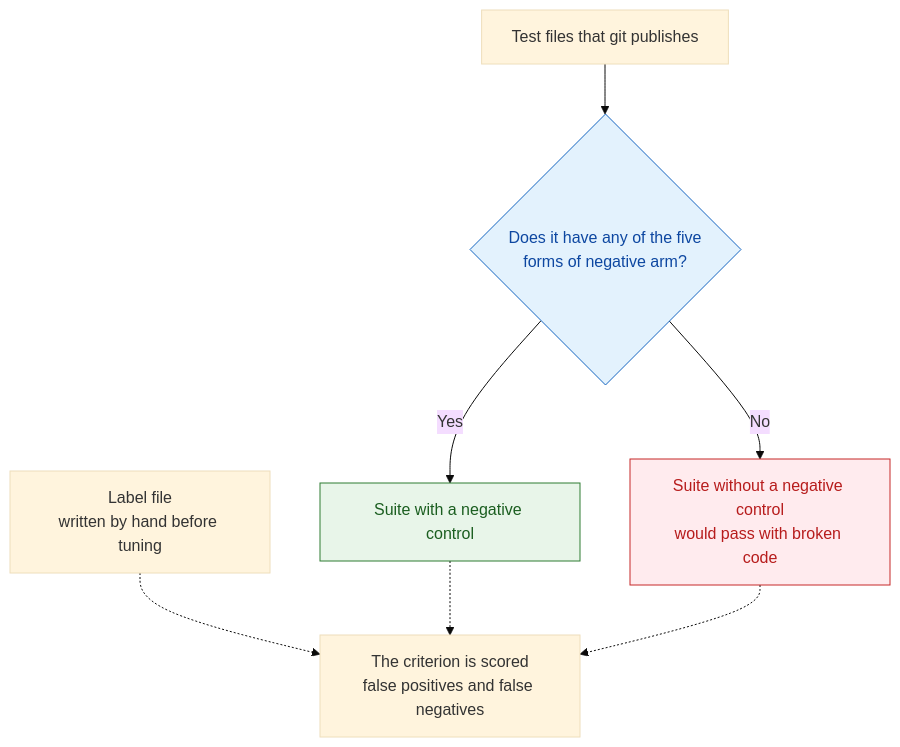
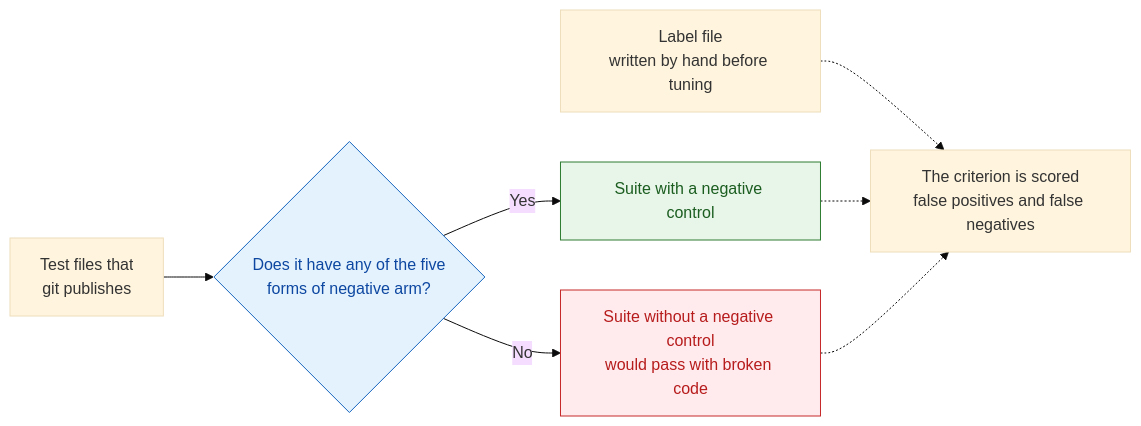
Before and after one commit to jleonceo/skill-detector-control-negativo: the diagram in README.en.md, drawn with Mermaid (base theme). The commit also changed 1 other file, not shown here.

Commit message:
Esquema: pasa a horizontal para que ocupe menos de una pantalla
Iba de arriba abajo y ocupaba más de 800 píxeles de alto. Ahora va de
izquierda a derecha. El contenido de las cajas es el mismo.

````diff
--- a/README.en.md
+++ b/README.en.md
@@ -20,11 +20,11 @@
 ```mermaid
-flowchart TD
-    R[Test files that git publishes] --> S{Does it have any of the five<br/>forms of negative arm?}
+flowchart LR
+    R[Test files that<br/>git publishes] --> S{Does it have any of the five<br/>forms of negative arm?}
     S -->|Yes| OK[Suite with a negative control]
     S -->|No| SN[Suite without a negative control<br/>would pass with broken code]
     E[Label file<br/>written by hand before tuning] -.-> P[The criterion is scored<br/>false positives and false negatives]
     OK & SN -.-> P
     style S fill:#e3f2fd,stroke:#1565c0,color:#0d47a1
     style OK fill:#e8f5e9,stroke:#2e7d32,color:#1b5e20
     style SN fill:#ffebee,stroke:#c62828,color:#b71c1c
 ```
````
